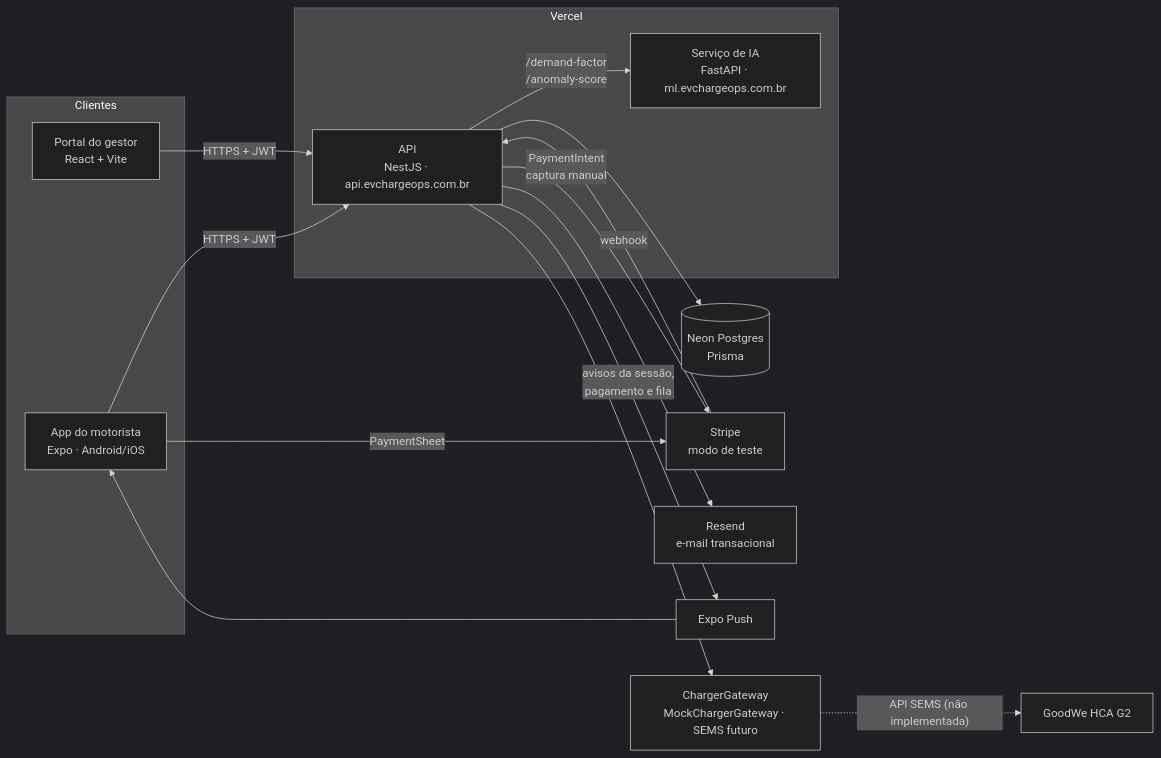
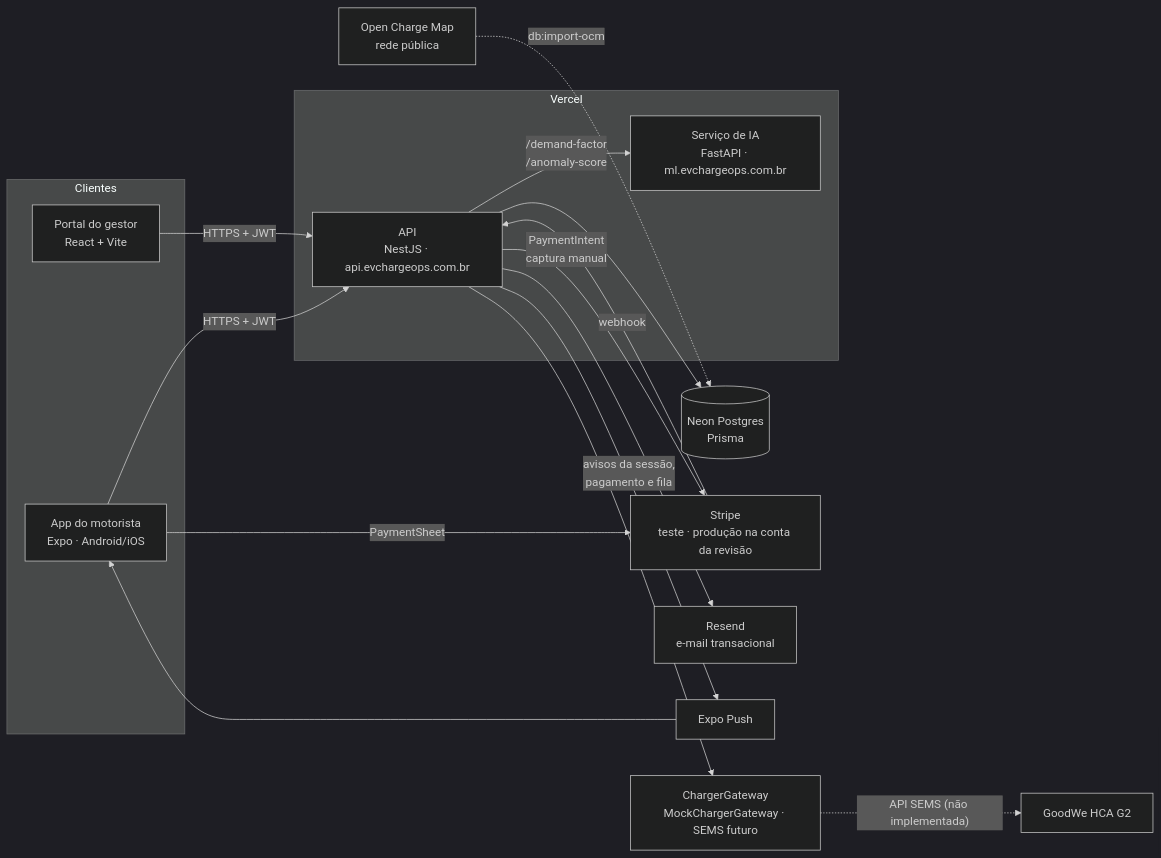
The first of 2 diagrams in README.md (ev-charge-ops/docs), drawn with Mermaid (dark theme) before and after one commit. The commit also changed other lines of this file and 55 other files, not shown here.

````diff
--- a/README.md
+++ b/README.md
@@ -90,32 +93,34 @@
 ```mermaid
 flowchart LR
     subgraph Clientes
         M["App do motorista<br/>Expo · Android/iOS"]
         W["Portal do gestor<br/>React + Vite"]
     end
 
     subgraph Vercel
         A["API<br/>NestJS · api.evchargeops.com.br"]
         ML["Serviço de IA<br/>FastAPI · ml.evchargeops.com.br"]
     end
 
     DB[("Neon Postgres<br/>Prisma")]
-    ST["Stripe<br/>modo de teste"]
+    ST["Stripe<br/>teste · produção na conta da revisão"]
     RS["Resend<br/>e-mail transacional"]
     EP["Expo Push"]
     CG["ChargerGateway<br/>MockChargerGateway · SEMS futuro"]
+    OCM["Open Charge Map<br/>rede pública"]
     HCA["GoodWe HCA G2"]
 
     M -- "HTTPS + JWT" --> A
     W -- "HTTPS + JWT" --> A
     M -- "PaymentSheet" --> ST
     A --> DB
     A -- "/demand-factor<br/>/anomaly-score" --> ML
     A -- "PaymentIntent<br/>captura manual" --> ST
     ST -- "webhook" --> A
     A --> RS
     A -- "avisos da sessão,<br/>pagamento e fila" --> EP
     EP --> M
     A --> CG
     CG -. "API SEMS (não implementada)" .-> HCA
+    OCM -. "db:import-ocm" .-> DB
 ```
````
